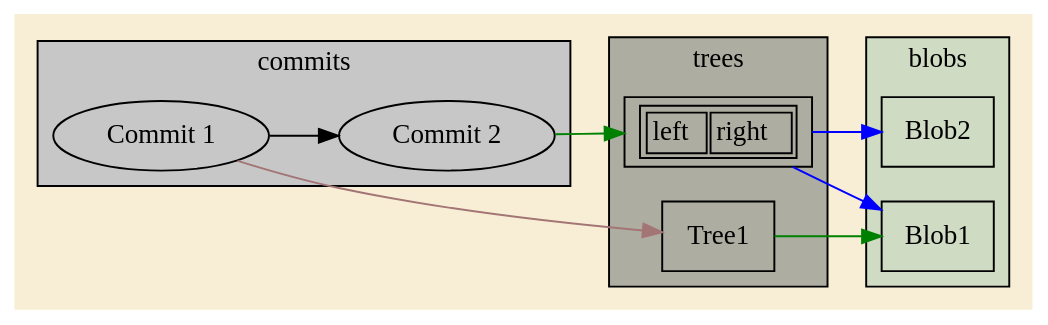
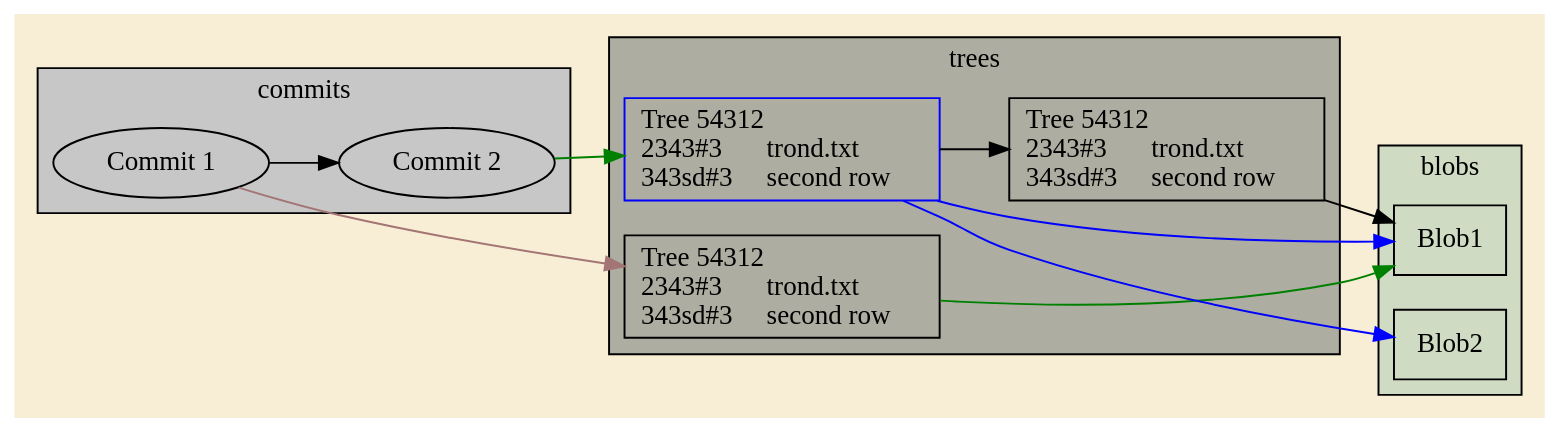
Before and after one commit to troflog/git_blob_graph: the diagram in petter.dot, drawn with Graphviz. The commit also changed 5 other files, not shown here.

```diff
--- a/petter.dot
+++ b/petter.dot
@@ -1,32 +1,72 @@
 // Eg er stor
 digraph trond {
 	bgcolor="#f7edd2ed" rankdir=LR
 	subgraph cluster_commit {
 		fillcolor="#c7c7c7" label=commits style=filled
 		C1 [label="Commit 1"]
 		C2 [label="Commit 2"]
 	}
 	subgraph cluster_tree {
 		node [shape=box]
 		fillcolor="#adada1" label=trees style=filled
-		T1 [label=Tree1]
-		T2 [label=<<TABLE>
- <TR>
-   <TD>left</TD>
-   <TD>right</TD>
- </TR>
-</TABLE>>]
+		T1 [label=<<table border="0" cellspacing="0" cellpadding="0" align="left">
+
+<tr>
+    <td align="left" colspan="2" >Tree 54312</td>
+     
+  </tr>
+  <tr >
+    <td align="left" >2343#3</td>
+     <td align="left"  >trond.txt</td>
+  </tr>
+  <tr>
+    <td align="left" >343sd#3</td>
+     <td align="left"  >second row</td>
+  </tr>
+</table>>]
+		T2 [label=<<table border="0" cellspacing="0" cellpadding="0" align="left">
+
+<tr>
+    <td align="left" colspan="2" >Tree 54312</td>
+     
+  </tr>
+  <tr >
+    <td align="left" >2343#3</td>
+     <td align="left"  >trond.txt</td>
+  </tr>
+  <tr>
+    <td align="left" >343sd#3</td>
+     <td align="left"  >second row</td>
+  </tr>
+</table>> color=blue]
+		T3 [label=<<table border="0" cellspacing="0" cellpadding="0" align="left">
+
+<tr>
+    <td align="left" colspan="2" >Tree 54312</td>
+     
+  </tr>
+  <tr >
+    <td align="left" >2343#3</td>
+     <td align="left"  >trond.txt</td>
+  </tr>
+  <tr>
+    <td align="left" >343sd#3</td>
+     <td align="left"  >second row</td>
+  </tr>
+</table>>]
 	}
 	subgraph cluster_blob {
 		node [shape=box]
 		fillcolor="#cfdbc3" label=blobs style=filled
 		B1 [label=Blob1]
 		B2 [label=Blob2]
 	}
 	C1 -> C2
 	C1 -> T1 [color="#a37575"]
 	C2 -> T2 [color=green]
 	T1 -> B1 [color=green]
 	T2 -> B1 [color=blue]
 	T2 -> B2 [color=blue]
+	T2 -> T3
+	T3 -> B1
 }
```
